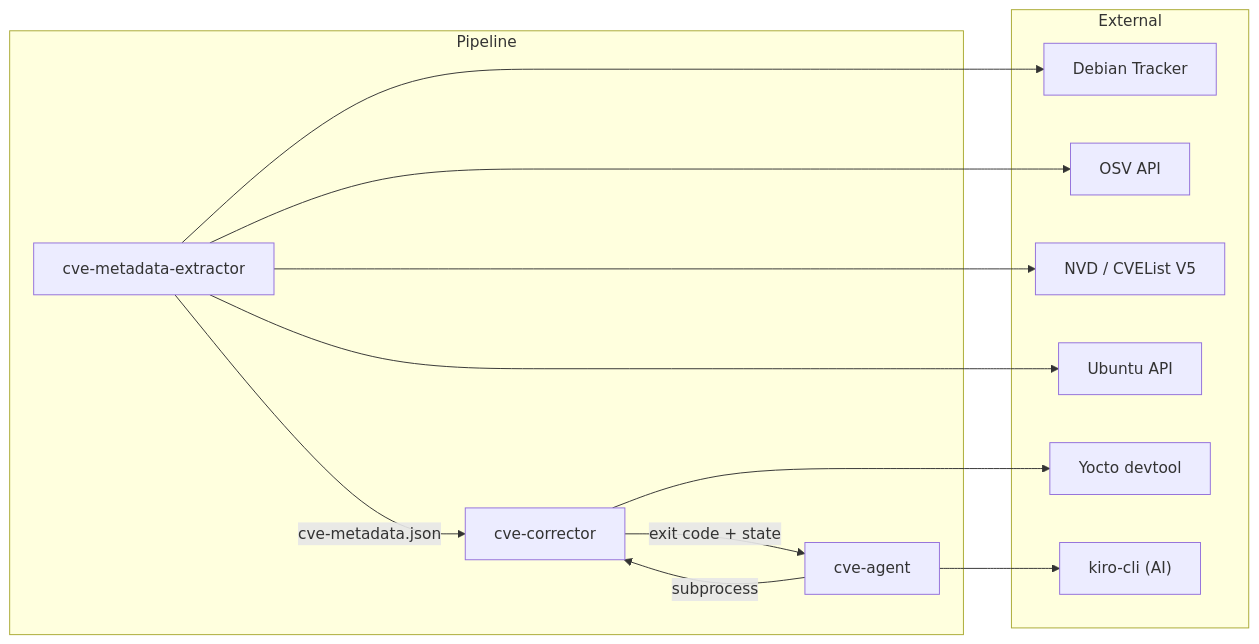
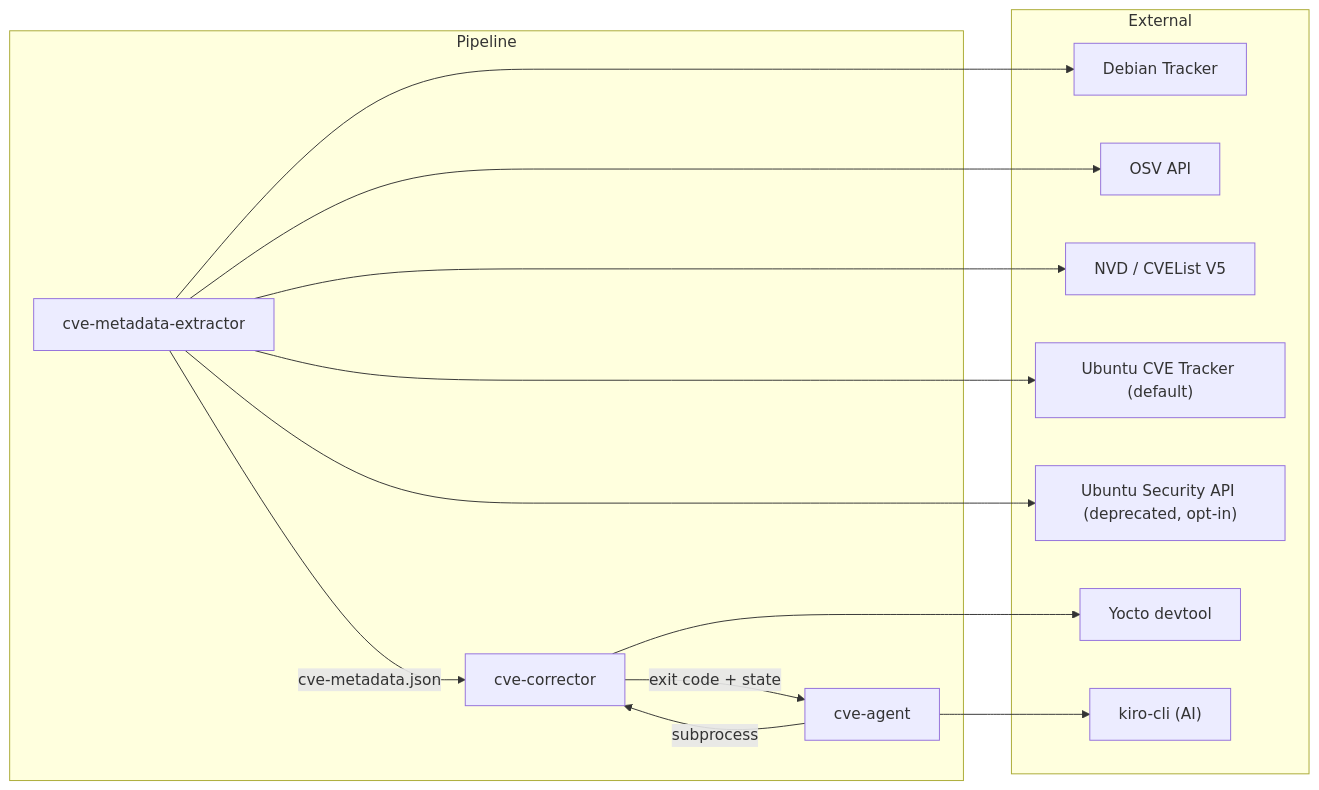
Before and after one commit to Ericsson/yocto-security-tools: the first of 6 diagrams in .agents/summary/architecture.md, drawn with Mermaid. The commit also changed 8 other files, not shown here.

````diff
--- a/.agents/summary/architecture.md
+++ b/.agents/summary/architecture.md
@@ -5,22 +5,23 @@
 ```mermaid
 graph LR
     subgraph "Pipeline"
         E["cve-metadata-extractor"]
         C["cve-corrector"]
         A["cve-agent"]
     end
     E -->|cve-metadata.json| C
     C -->|exit code + state| A
     A -->|subprocess| C
     subgraph "External"
         D["Debian Tracker"]
         O["OSV API"]
         N["NVD / CVEList V5"]
-        U["Ubuntu API"]
+        UCT["Ubuntu CVE Tracker (default)"]
+        U["Ubuntu Security API (deprecated, opt-in)"]
         Y["Yocto devtool"]
         AI["kiro-cli (AI)"]
     end
-    E --> D & O & N & U
+    E --> D & O & N & UCT & U
     C --> Y
     A --> AI
 ```
````
